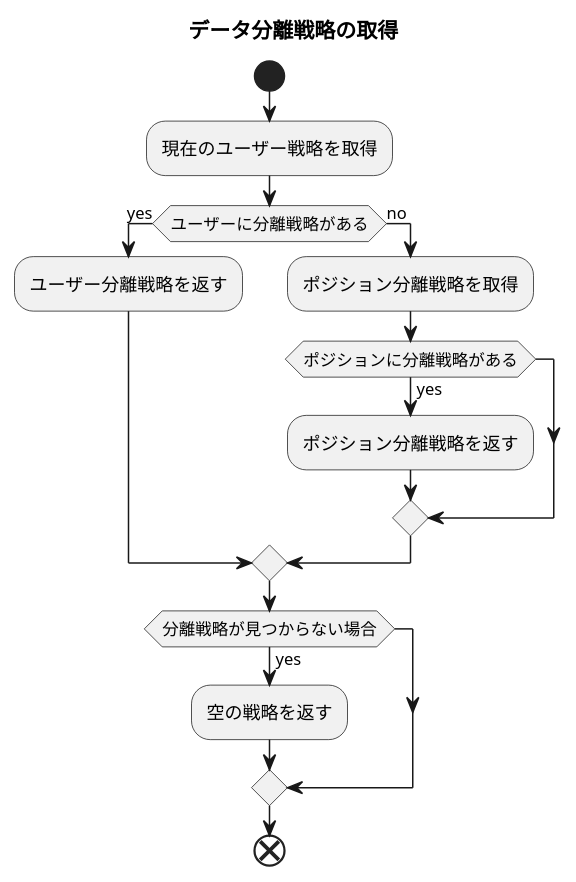
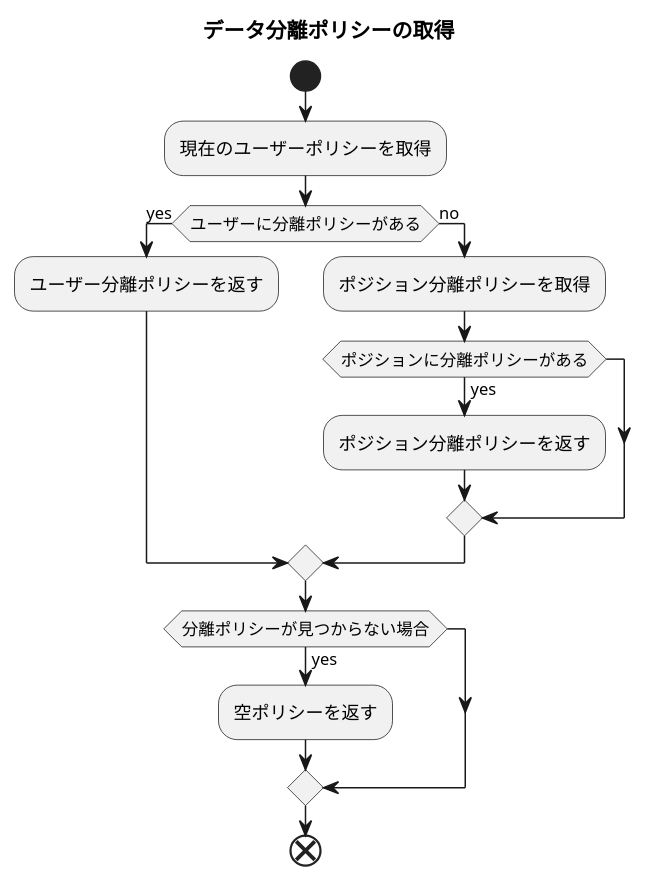
One commit to mineadmin/doc-v3 changed the diagram in docs/ja/backend/data-permission/config.md. Above: the diagram before and after it, drawn with PlantUML. The commit also changed other lines of this file and 225 other files, not shown here.

````diff
--- a/docs/ja/backend/data-permission/config.md
+++ b/docs/ja/backend/data-permission/config.md
@@ -19,22 +19,22 @@
 ```plantuml
 @startuml
-title データ分離戦略の取得
+title データ分離ポリシーの取得
 start
-:現在のユーザー戦略を取得;
-if (ユーザーに分離戦略がある) then (yes)
-    :ユーザー分離戦略を返す;
+:現在のユーザーポリシーを取得;
+if (ユーザーに分離ポリシーがある) then (yes)
+    :ユーザー分離ポリシーを返す;
 else (no)
-    :ポジション分離戦略を取得;
-    if (ポジションに分離戦略がある) then (yes)
-        :ポジション分離戦略を返す;
+    :ポジション分離ポリシーを取得;
+    if (ポジションに分離ポリシーがある) then (yes)
+        :ポジション分離ポリシーを返す;
     endif
 endif
 
-if(分離戦略が見つからない場合) then (yes)
-    :空の戦略を返す;
+if(分離ポリシーが見つからない場合) then (yes)
+    :空ポリシーを返す;
 endif
 
 end
 
 @enduml
 ```
````
